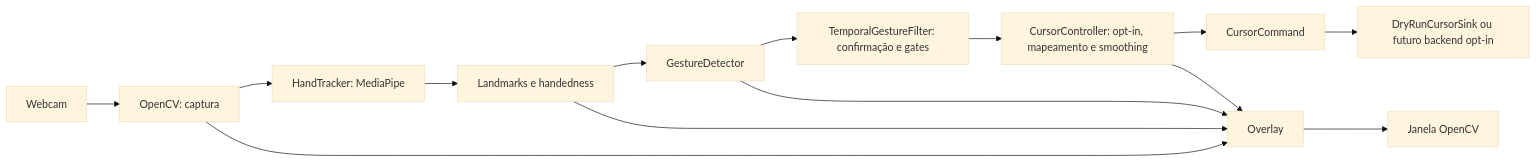
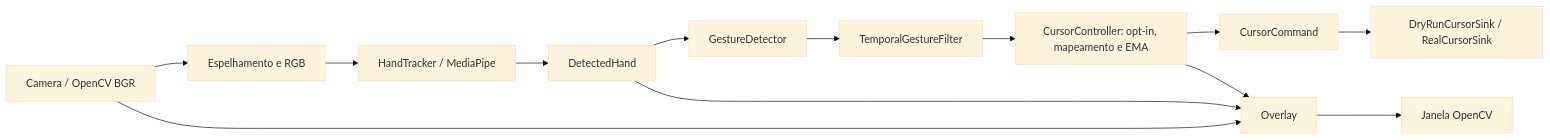
Before and after one commit to FernandoBuligon/hgi: the diagram in docs/IMPLEMENTATION_PLAN.md, drawn with Mermaid (base theme). The commit also changed other lines of this file and 7 other files, not shown here.

````diff
--- a/docs/IMPLEMENTATION_PLAN.md
+++ b/docs/IMPLEMENTATION_PLAN.md
@@ -52,16 +52,15 @@
 ```mermaid
 flowchart LR
-    A[Webcam] --> B[OpenCV: captura]
-    B --> C[HandTracker: MediaPipe]
-    C --> D[Landmarks e handedness]
+    A[Camera / OpenCV BGR] --> B[Espelhamento e RGB]
+    B --> C[HandTracker / MediaPipe]
+    C --> D[DetectedHand]
     D --> E[GestureDetector]
-    E --> T[TemporalGestureFilter: confirmação e gates]
-    T --> F[CursorController: opt-in, mapeamento e smoothing]
+    E --> T[TemporalGestureFilter]
+    T --> F[CursorController: opt-in, mapeamento e EMA]
     F --> J[CursorCommand]
-    J --> G[DryRunCursorSink ou futuro backend opt-in]
-    B --> H[Overlay]
+    J --> G[DryRunCursorSink / RealCursorSink]
+    A --> H[Overlay]
     D --> H
-    E --> H
     F --> H
     H --> I[Janela OpenCV]
 ```
````
